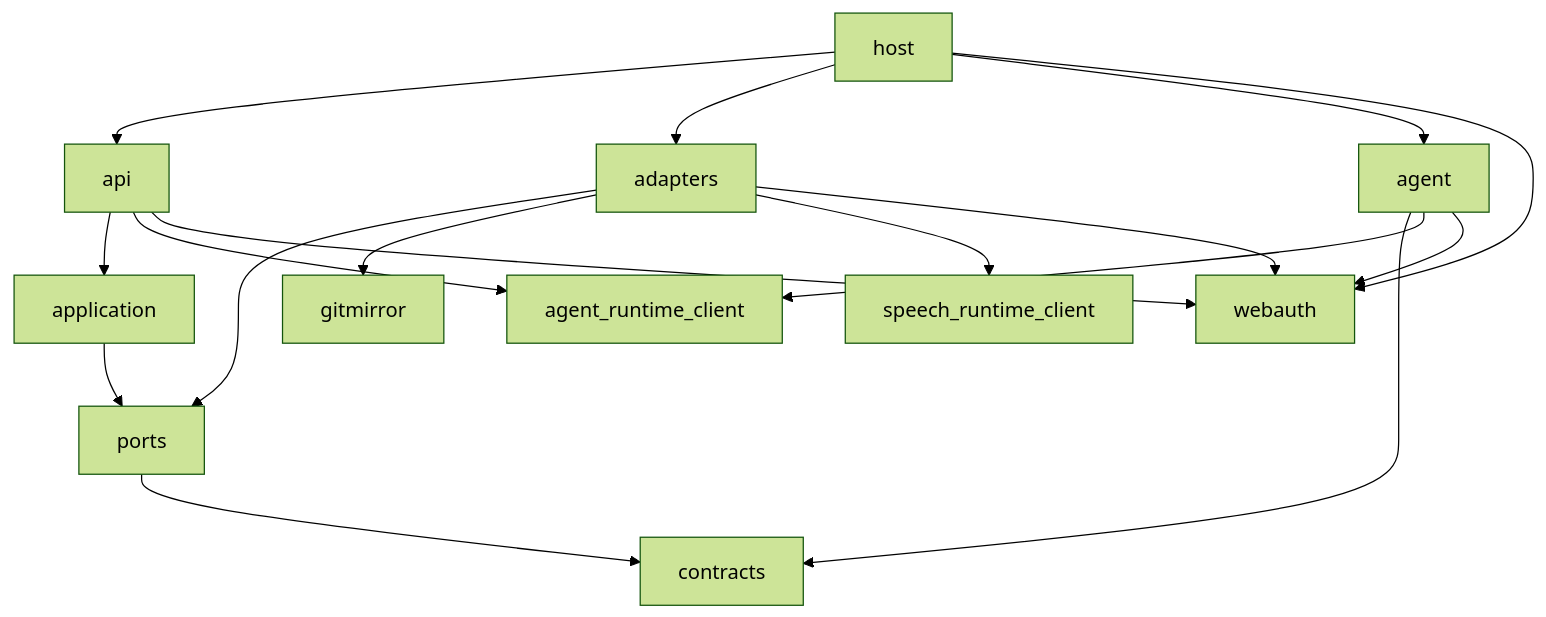
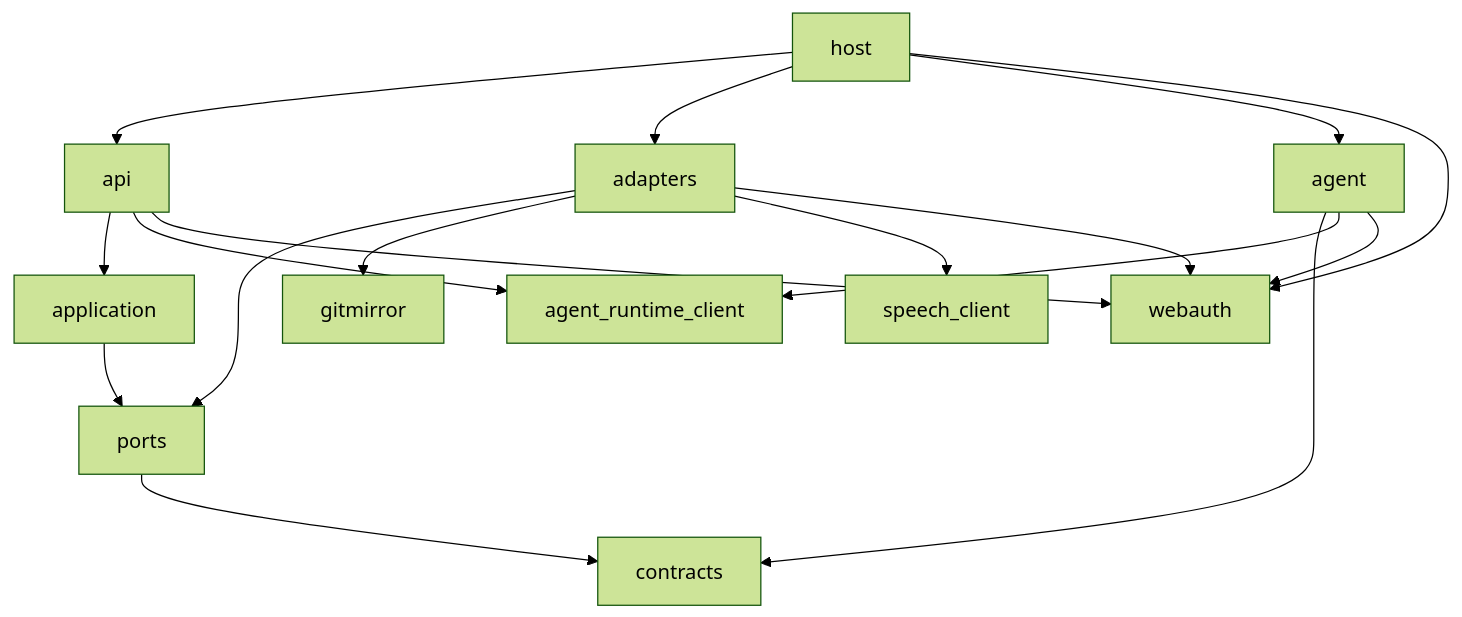
One commit to overnightworks/presentator changed the second of 3 diagrams in docs/ARCHITECTURE.md. Above: the diagram before and after it, drawn with Mermaid (forest theme). The commit also changed other lines of this file and 16 other files, not shown here.

First line of the commit message:
Presentator takes the renamed speech client (#980)

````diff
--- a/docs/ARCHITECTURE.md
+++ b/docs/ARCHITECTURE.md
@@ -27,19 +27,19 @@
 ```mermaid
 flowchart TD
     host --> api
     host --> adapters
     host --> agent
     api --> application
     api --> arc
     adapters --> ports
     agent --> contracts
     application --> ports
     ports --> contracts
     adapters --> gitmirror
     agent --> arc[agent_runtime_client]
-    adapters --> src[speech_runtime_client]
+    adapters --> src[speech_client]
     host --> webauth
     api --> webauth
     agent --> webauth
     adapters --> webauth
 ```
````
